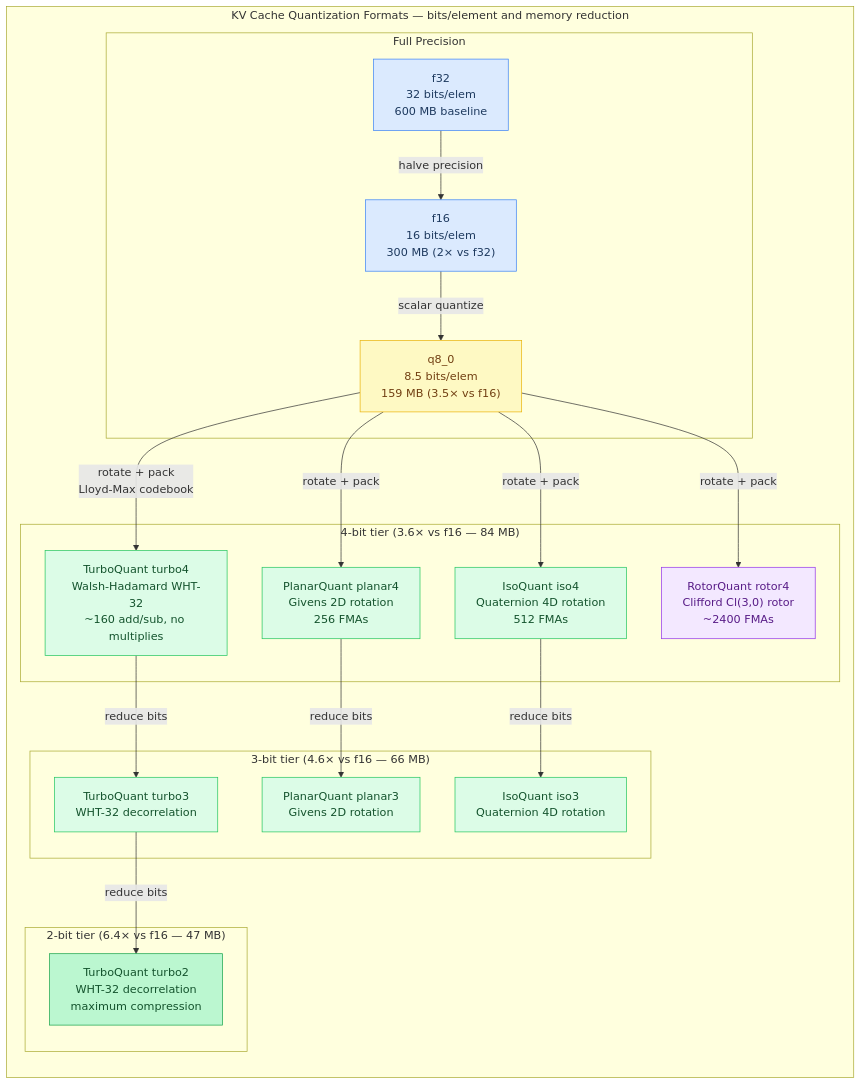
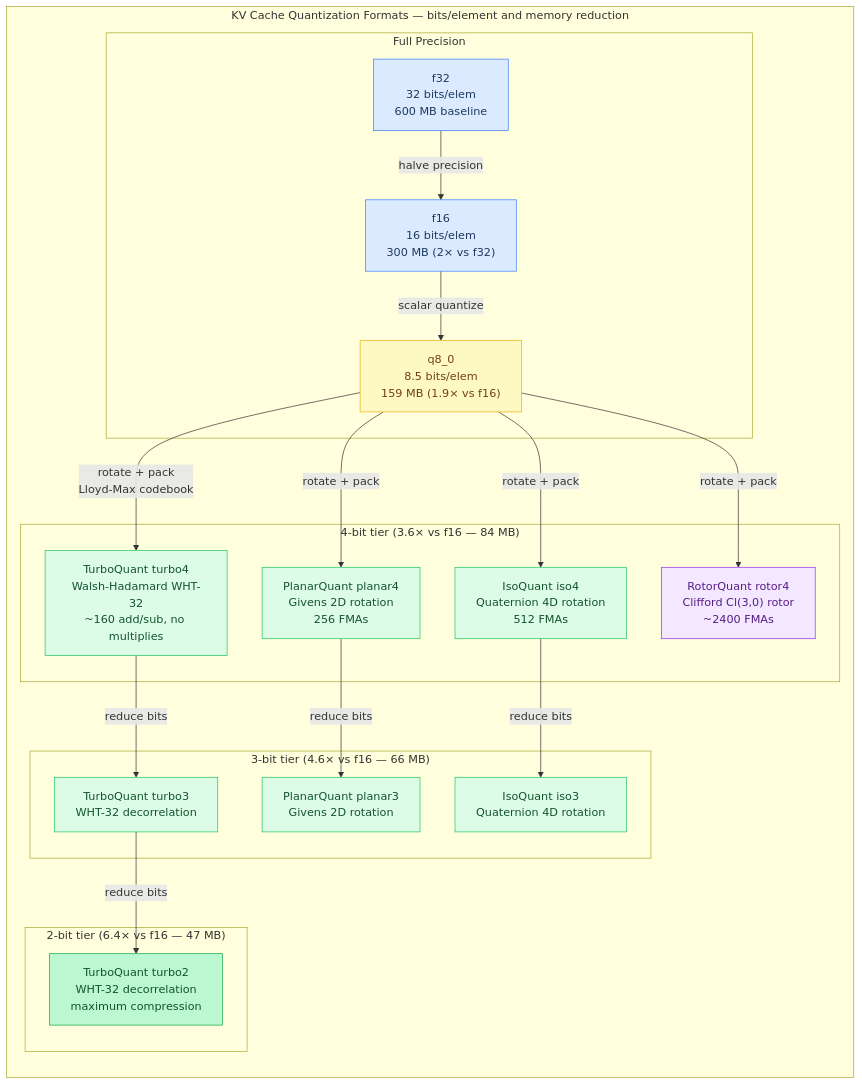
One commit to maci0/agave changed the second of 7 diagrams in docs/tutorial/05-memory-and-caching.md. Above: the diagram before and after it, drawn with Mermaid. The commit also changed other lines of this file and 28 other files, not shown here.

````diff
--- a/docs/tutorial/05-memory-and-caching.md
+++ b/docs/tutorial/05-memory-and-caching.md
@@ -96,59 +96,59 @@
 ```mermaid
 flowchart TB
     classDef setup     fill:#dbeafe,stroke:#3b82f6,color:#1e3a5f
     classDef sync      fill:#dcfce7,stroke:#22c55e,color:#14532d
     classDef migration fill:#fef9c3,stroke:#eab308,color:#713f12
     classDef success   fill:#bbf7d0,stroke:#16a34a,color:#14532d
     classDef danger    fill:#fee2e2,stroke:#ef4444,color:#7f1d1d
     classDef optional  fill:#f3e8ff,stroke:#9333ea,color:#581c87
 
     F32["f32\n32 bits/elem\n600 MB baseline"]:::setup
     F16["f16\n16 bits/elem\n300 MB  (2× vs f32)"]:::setup
-    Q8["q8_0\n8.5 bits/elem\n159 MB  (3.5× vs f16)"]:::migration
+    Q8["q8_0\n8.5 bits/elem\n159 MB  (1.9× vs f16)"]:::migration
     TQ4["TurboQuant turbo4\nWalsh-Hadamard WHT-32\n~160 add/sub, no multiplies"]:::sync
     PQ4["PlanarQuant planar4\nGivens 2D rotation\n256 FMAs"]:::sync
     IQ4["IsoQuant iso4\nQuaternion 4D rotation\n512 FMAs"]:::sync
     RQ4["RotorQuant rotor4\nClifford Cl(3,0) rotor\n~2400 FMAs"]:::optional
     TQ3["TurboQuant turbo3\nWHT-32 decorrelation"]:::sync
     PQ3["PlanarQuant planar3\nGivens 2D rotation"]:::sync
     IQ3["IsoQuant iso3\nQuaternion 4D rotation"]:::sync
     TQ2["TurboQuant turbo2\nWHT-32 decorrelation\nmaximum compression"]:::success
 
     subgraph Formats["KV Cache Quantization Formats — bits/element and memory reduction"]
         direction TB
 
         subgraph Full["Full Precision"]
             F32
             F16
             Q8
         end
 
         subgraph Turbo4Grp["4-bit tier  (3.6× vs f16 — 84 MB)"]
             TQ4
             PQ4
             IQ4
             RQ4
         end
 
         subgraph Turbo3Grp["3-bit tier  (4.6× vs f16 — 66 MB)"]
             TQ3
             PQ3
             IQ3
         end
 
         subgraph Turbo2Grp["2-bit tier  (6.4× vs f16 — 47 MB)"]
             TQ2
         end
     end
 
     F32 -->|"halve precision"| F16
     F16 -->|"scalar quantize"| Q8
     Q8 -->|"rotate + pack\nLloyd-Max codebook"| TQ4
     Q8 -->|"rotate + pack"| PQ4
     Q8 -->|"rotate + pack"| IQ4
     Q8 -->|"rotate + pack"| RQ4
     TQ4 -->|"reduce bits"| TQ3
     PQ4 -->|"reduce bits"| PQ3
     IQ4 -->|"reduce bits"| IQ3
     TQ3 -->|"reduce bits"| TQ2
 ```
````
